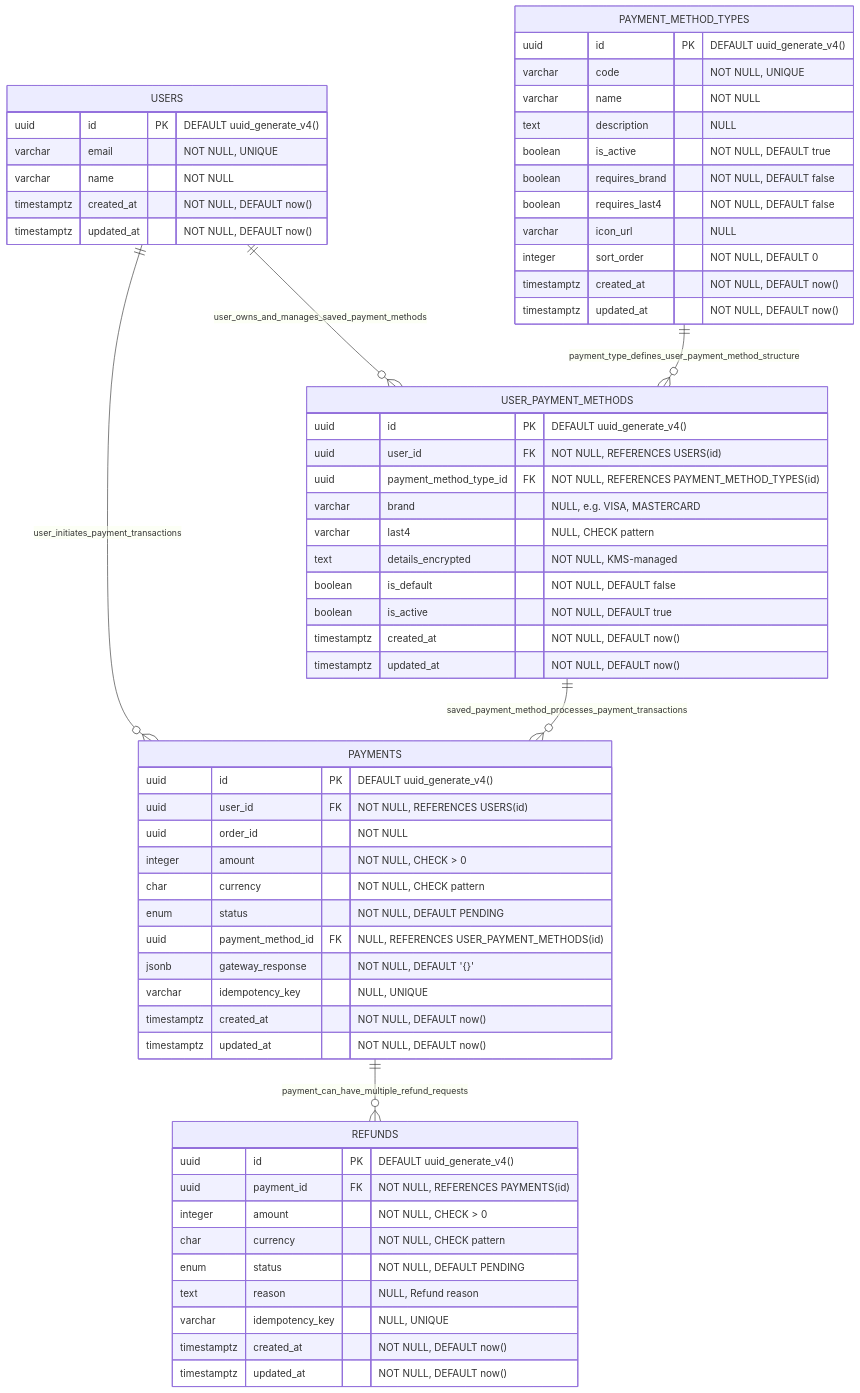
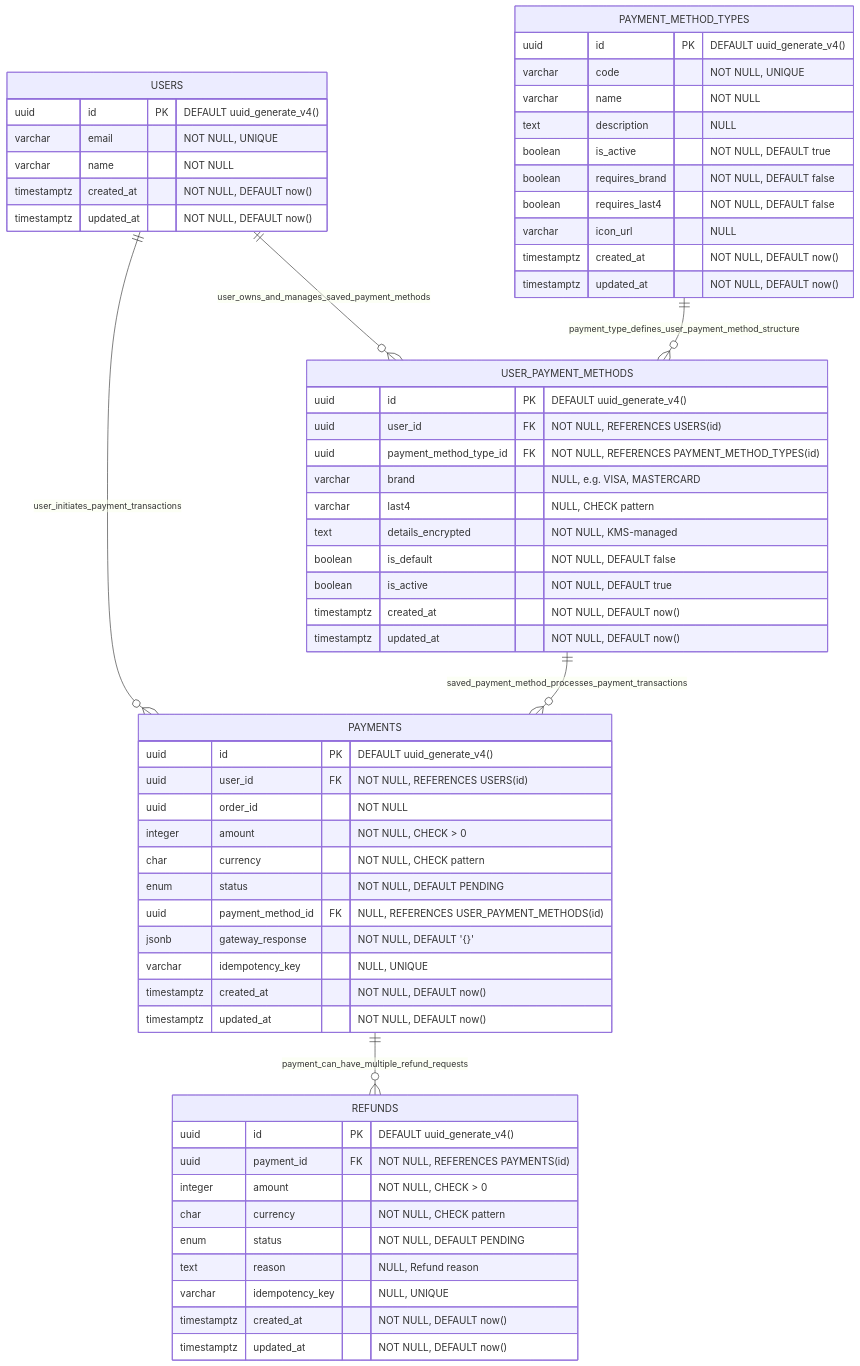
Before and after one commit to gayagenius/payment-service-production: the diagram in docs/ERD.mmd, drawn with Mermaid. The commit also changed 4 other files, not shown here.

Commit message:
Fix: remove sort order

```diff
--- a/docs/ERD.mmd
+++ b/docs/ERD.mmd
@@ -1,68 +1,67 @@
 erDiagram
     USERS {
         uuid id PK "DEFAULT uuid_generate_v4()"
         varchar email "NOT NULL, UNIQUE"
         varchar name "NOT NULL"
         timestamptz created_at "NOT NULL, DEFAULT now()"
         timestamptz updated_at "NOT NULL, DEFAULT now()"
     }
 
     PAYMENT_METHOD_TYPES {
         uuid id PK "DEFAULT uuid_generate_v4()"
         varchar code "NOT NULL, UNIQUE"
         varchar name "NOT NULL"
         text description "NULL"
         boolean is_active "NOT NULL, DEFAULT true"
         boolean requires_brand "NOT NULL, DEFAULT false"
         boolean requires_last4 "NOT NULL, DEFAULT false"
         varchar icon_url "NULL"
-        integer sort_order "NOT NULL, DEFAULT 0"
         timestamptz created_at "NOT NULL, DEFAULT now()"
         timestamptz updated_at "NOT NULL, DEFAULT now()"
     }
 
     USER_PAYMENT_METHODS {
         uuid id PK "DEFAULT uuid_generate_v4()"
         uuid user_id FK "NOT NULL, REFERENCES USERS(id)"
         uuid payment_method_type_id FK "NOT NULL, REFERENCES PAYMENT_METHOD_TYPES(id)"
         varchar brand "NULL, e.g. VISA, MASTERCARD"
         varchar last4 "NULL, CHECK pattern"
         text details_encrypted "NOT NULL, KMS-managed"
         boolean is_default "NOT NULL, DEFAULT false"
         boolean is_active "NOT NULL, DEFAULT true"
         timestamptz created_at "NOT NULL, DEFAULT now()"
         timestamptz updated_at "NOT NULL, DEFAULT now()"
     }
 
 
     PAYMENTS {
         uuid id PK "DEFAULT uuid_generate_v4()"
         uuid user_id FK "NOT NULL, REFERENCES USERS(id)"
         uuid order_id "NOT NULL"
         integer amount "NOT NULL, CHECK > 0"
         char currency "NOT NULL, CHECK pattern"
         enum status "NOT NULL, DEFAULT PENDING"
         uuid payment_method_id FK "NULL, REFERENCES USER_PAYMENT_METHODS(id)"
         jsonb gateway_response "NOT NULL, DEFAULT '{}'"
         varchar idempotency_key "NULL, UNIQUE"
         timestamptz created_at "NOT NULL, DEFAULT now()"
         timestamptz updated_at "NOT NULL, DEFAULT now()"
     }
 
     REFUNDS {
         uuid id PK "DEFAULT uuid_generate_v4()"
         uuid payment_id FK "NOT NULL, REFERENCES PAYMENTS(id)"
         integer amount "NOT NULL, CHECK > 0"
         char currency "NOT NULL, CHECK pattern"
         enum status "NOT NULL, DEFAULT PENDING"
         text reason "NULL, Refund reason"
         varchar idempotency_key "NULL, UNIQUE"
         timestamptz created_at "NOT NULL, DEFAULT now()"
         timestamptz updated_at "NOT NULL, DEFAULT now()"
     }
 
     USERS ||--o{ USER_PAYMENT_METHODS : "user_owns_and_manages_saved_payment_methods"
     USERS ||--o{ PAYMENTS : "user_initiates_payment_transactions"
     PAYMENT_METHOD_TYPES ||--o{ USER_PAYMENT_METHODS : "payment_type_defines_user_payment_method_structure"
     USER_PAYMENT_METHODS ||--o{ PAYMENTS : "saved_payment_method_processes_payment_transactions"
     PAYMENTS ||--o{ REFUNDS : "payment_can_have_multiple_refund_requests"
```
